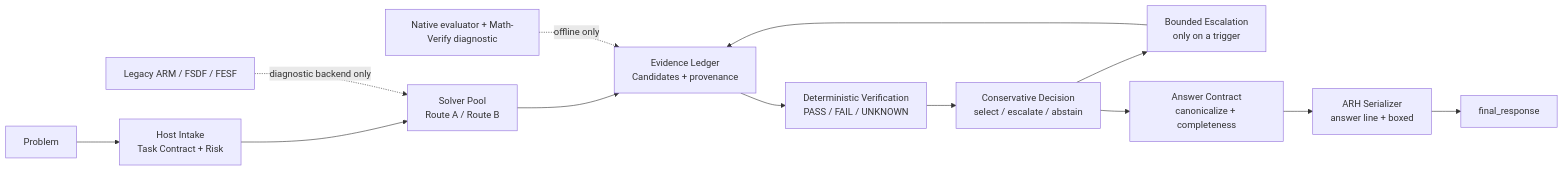
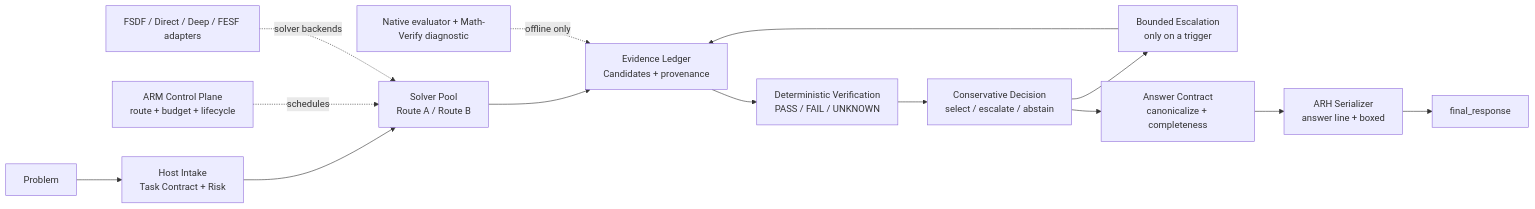
Before and after one commit to RUSS0718/Challenge-Cup-2026: the diagram in docs/research/10.3/grh_whole_architecture_redesign_2026-10-03.md, drawn with Mermaid. The commit also changed other lines of this file and 2 other files, not shown here.

First line of the commit message:
Refine GRH architecture around ARM control plane

````diff
--- a/docs/research/10.3/grh_whole_architecture_redesign_2026-10-03.md
+++ b/docs/research/10.3/grh_whole_architecture_redesign_2026-10-03.md
@@ -13,15 +13,16 @@
 ```mermaid
 flowchart LR
     P[Problem] --> I[Host Intake\nTask Contract + Risk]
     I --> S[Solver Pool\nRoute A / Route B]
     S --> L[Evidence Ledger\nCandidates + provenance]
     L --> V[Deterministic Verification\nPASS / FAIL / UNKNOWN]
     V --> D[Conservative Decision\nselect / escalate / abstain]
     D --> E[Bounded Escalation\nonly on a trigger]
     E --> L
     D --> C[Answer Contract\ncanonicalize + completeness]
     C --> A[ARH Serializer\nanswer line + boxed]
     A --> O[final_response]
-    X[Legacy ARM / FSDF / FESF] -. diagnostic backend only .-> S
+    X[ARM Control Plane\nroute + budget + lifecycle] -. schedules .-> S
+    Y[FSDF / Direct / Deep / FESF adapters] -. solver backends .-> S
     J[Native evaluator + Math-Verify diagnostic] -. offline only .-> L
 ```
````
